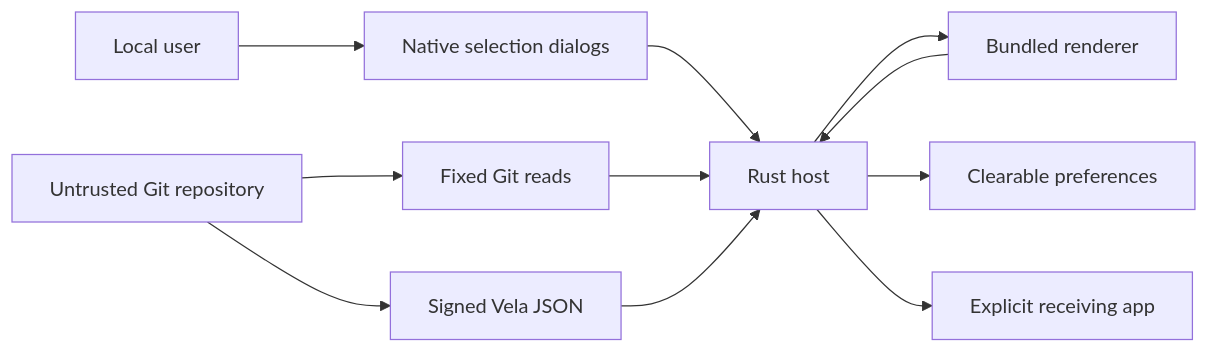
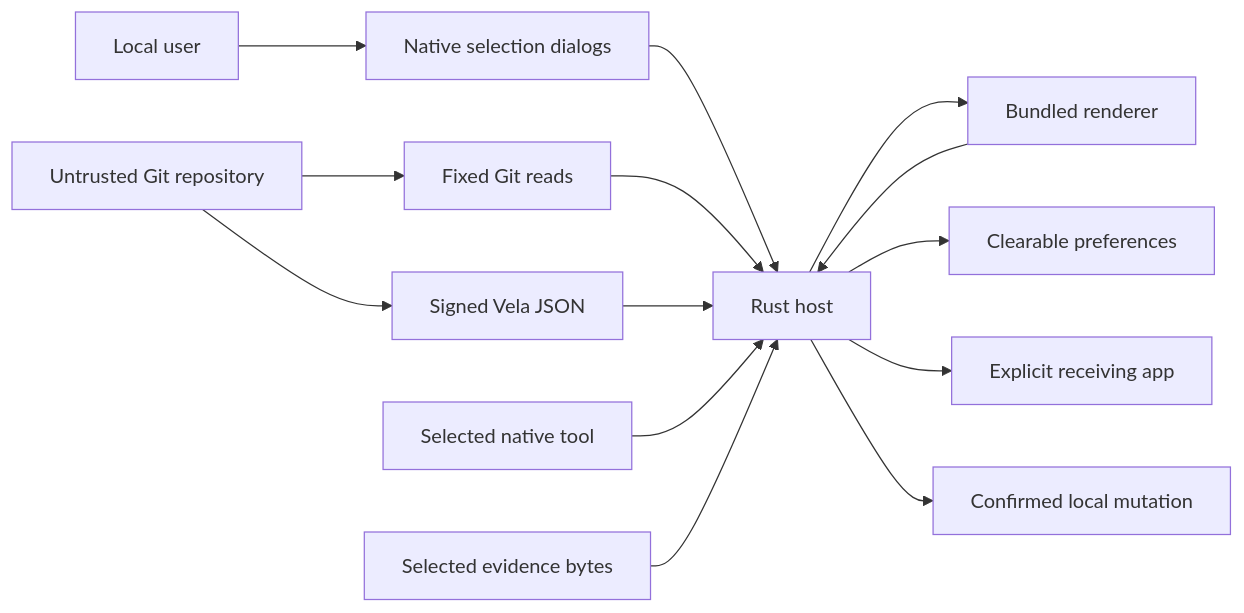
Before and after one commit to vela-science/vela-workbench: the diagram in vela-workbench-threat-model.md, drawn with Mermaid. The commit also changed other lines of this file and 3 other files, not shown here.

````diff
--- a/vela-workbench-threat-model.md
+++ b/vela-workbench-threat-model.md
@@ -42,13 +44,16 @@
 ```mermaid
 flowchart LR
   U["Local user"] --> D["Native selection dialogs"]
   D --> H["Rust host"]
   R["Bundled renderer"] --> H
   S["Untrusted Git repository"] --> G["Fixed Git reads"]
   S --> V["Signed Vela JSON"]
   G --> H
   V --> H
+  N["Selected native tool"] --> H
+  E["Selected evidence bytes"] --> H
   H --> R
   H --> P["Clearable preferences"]
   H --> X["Explicit receiving app"]
+  H --> M["Confirmed local mutation"]
 ```
````
